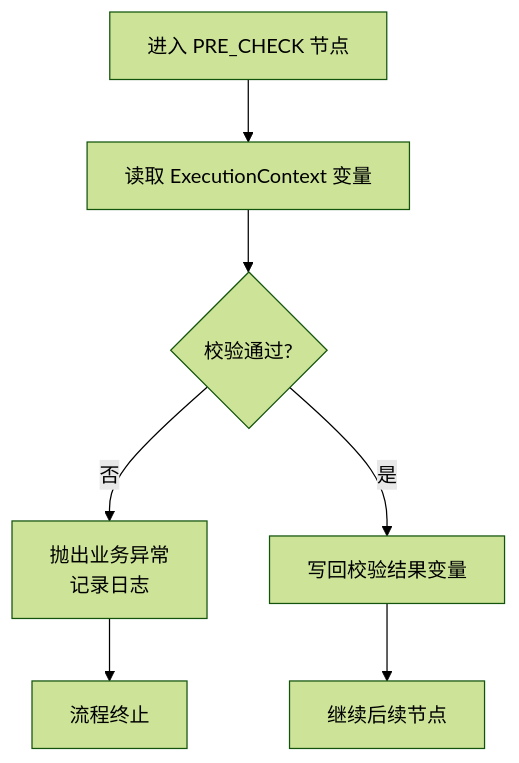
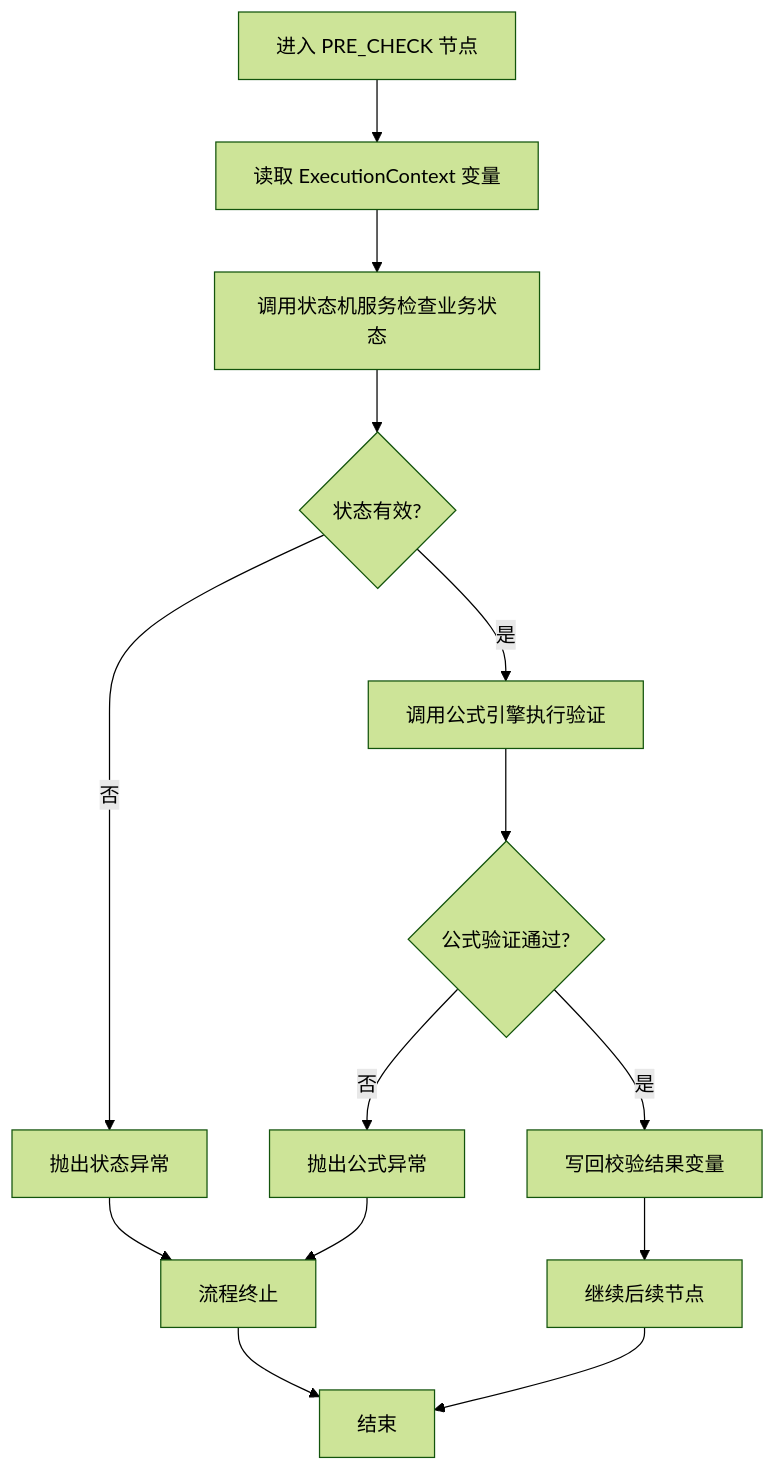
Before and after one commit to liming-lihaini/workflow: the tenth of 11 diagrams in .qoder/repowiki/zh/content/扩展开发指南/扩展开发指南.md, drawn with Mermaid (forest theme). The commit also changed other lines of this file and 45 other files, not shown here.

````diff
--- a/.qoder/repowiki/zh/content/扩展开发指南/扩展开发指南.md
+++ b/.qoder/repowiki/zh/content/扩展开发指南/扩展开发指南.md
@@ -352,9 +517,16 @@
 ```mermaid
 flowchart TD
 Enter["进入 PRE_CHECK 节点"] --> ReadVars["读取 ExecutionContext 变量"]
-ReadVars --> Validate{"校验通过?"}
-Validate --> |否| ThrowErr["抛出业务异常<br/>记录日志"]
-Validate --> |是| WriteRes["写回校验结果变量"]
-ThrowErr --> EndFail["流程终止"]
+ReadVars --> CheckState["调用状态机服务检查业务状态"]
+CheckState --> StateValid{"状态有效?"}
+StateValid --> |否| ThrowStateErr["抛出状态异常"]
+StateValid --> |是| CalcFormula["调用公式引擎执行验证"]
+CalcFormula --> FormulaValid{"公式验证通过?"}
+FormulaValid --> |否| ThrowFormulaErr["抛出公式异常"]
+FormulaValid --> |是| WriteRes["写回校验结果变量"]
+ThrowStateErr --> EndFail["流程终止"]
+ThrowFormulaErr --> EndFail
 WriteRes --> Next["继续后续节点"]
+EndFail --> End["结束"]
+Next --> End
 ```
````
